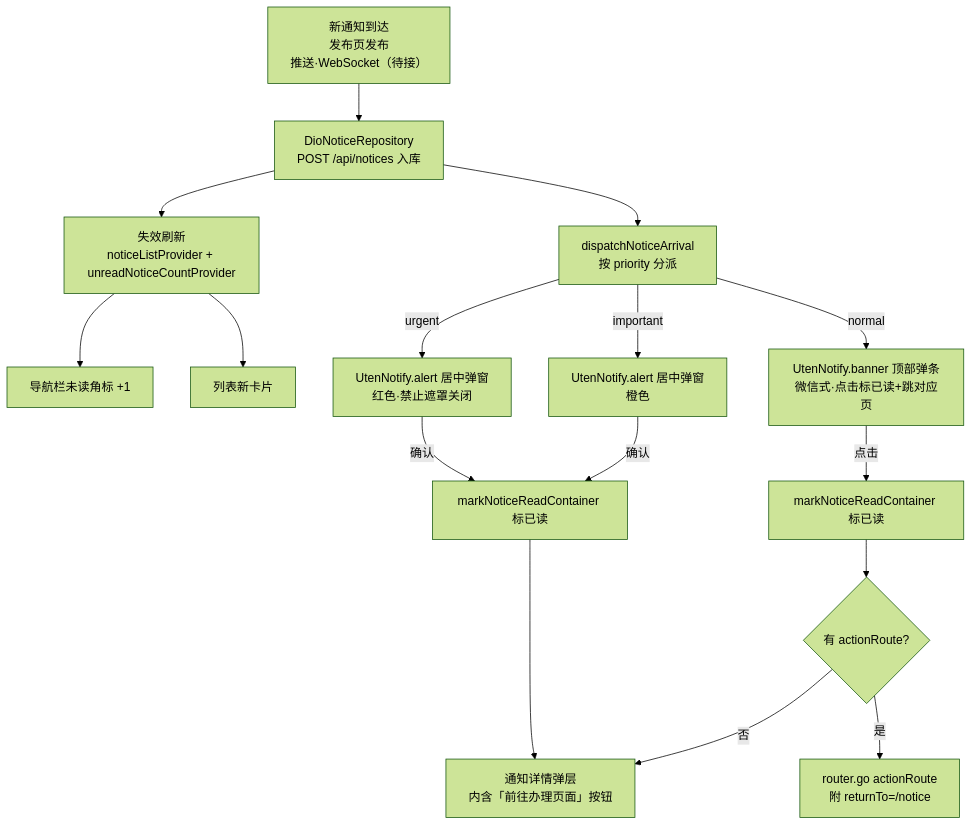
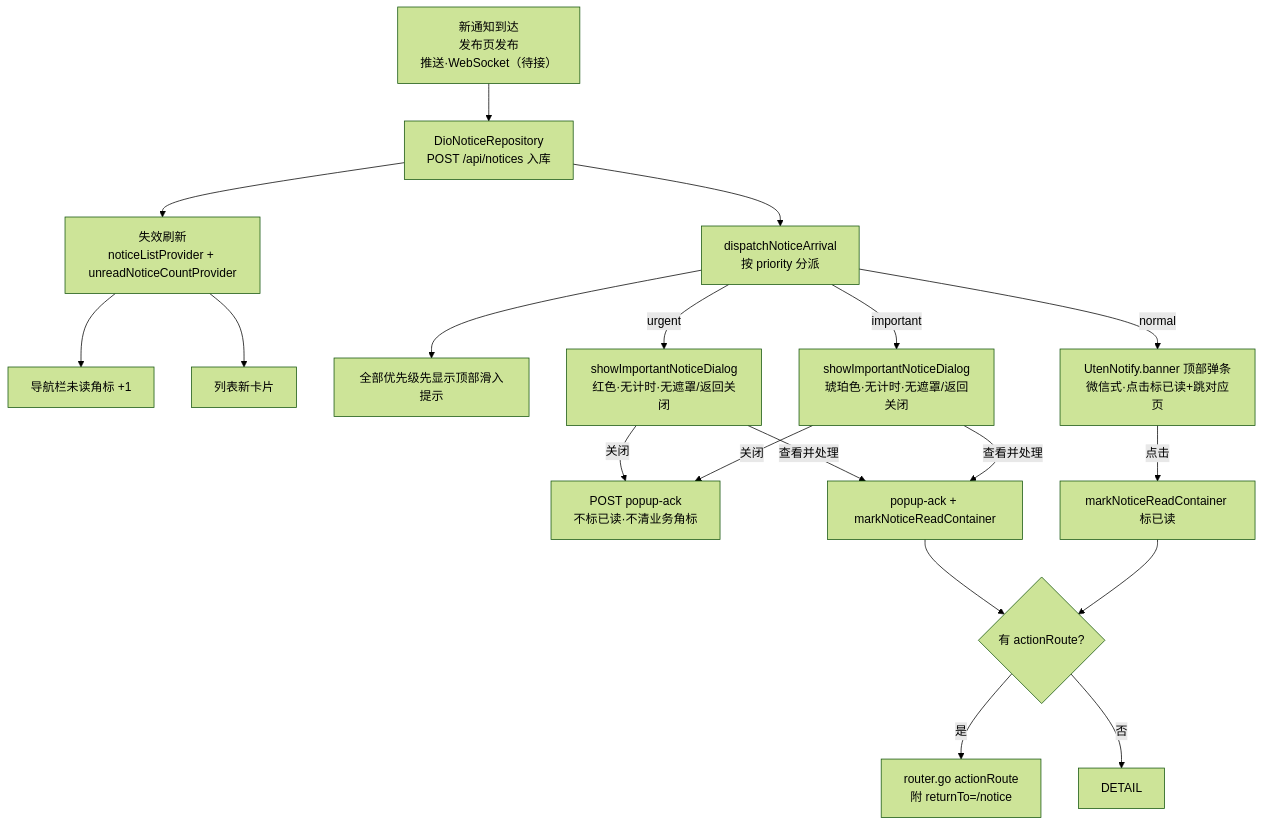
Before and after one commit to BruceChu0424/utenelec_imp: the second of 3 diagrams in docs/03-页面/通知列表页.md, drawn with Mermaid (forest theme). The commit also changed other lines of this file and 952 other files, not shown here.

````diff
--- a/docs/03-页面/通知列表页.md
+++ b/docs/03-页面/通知列表页.md
@@ -126,18 +125,19 @@
 ```mermaid
 flowchart TD
     T[新通知到达<br/>发布页发布<br/>推送·WebSocket（待接）] --> REPO[DioNoticeRepository<br/>POST /api/notices 入库]
     REPO --> INV[失效刷新<br/>noticeListProvider + unreadNoticeCountProvider]
     INV --> BADGE[导航栏未读角标 +1]
     INV --> LIST2[列表新卡片]
     REPO --> DISP[dispatchNoticeArrival<br/>按 priority 分派]
-    DISP -->|urgent| ALERT1[UtenNotify.alert 居中弹窗<br/>红色·禁止遮罩关闭]
-    DISP -->|important| ALERT2[UtenNotify.alert 居中弹窗<br/>橙色]
+    DISP --> TOP[全部优先级先显示顶部滑入提示]
+    DISP -->|urgent| ALERT1[showImportantNoticeDialog<br/>红色·无计时·无遮罩/返回关闭]
+    DISP -->|important| ALERT2[showImportantNoticeDialog<br/>琥珀色·无计时·无遮罩/返回关闭]
     DISP -->|normal| BANNER[UtenNotify.banner 顶部弹条<br/>微信式·点击标已读+跳对应页]
-    ALERT1 -->|确认| READ1[markNoticeReadContainer 标已读]
-    ALERT2 -->|确认| READ1
-    READ1 --> DETAIL[通知详情弹层<br/>内含「前往办理页面」按钮]
+    ALERT1 & ALERT2 -->|关闭| ACK[POST popup-ack<br/>不标已读·不清业务角标]
+    ALERT1 & ALERT2 -->|查看并处理| READ1[popup-ack + markNoticeReadContainer]
+    READ1 --> NAV
     BANNER -->|点击| READ2[markNoticeReadContainer 标已读]
     READ2 --> NAV{有 actionRoute?}
     NAV -- 是 --> ACTION[router.go actionRoute<br/>附 returnTo=/notice]
     NAV -- 否 --> DETAIL
 ```
````
